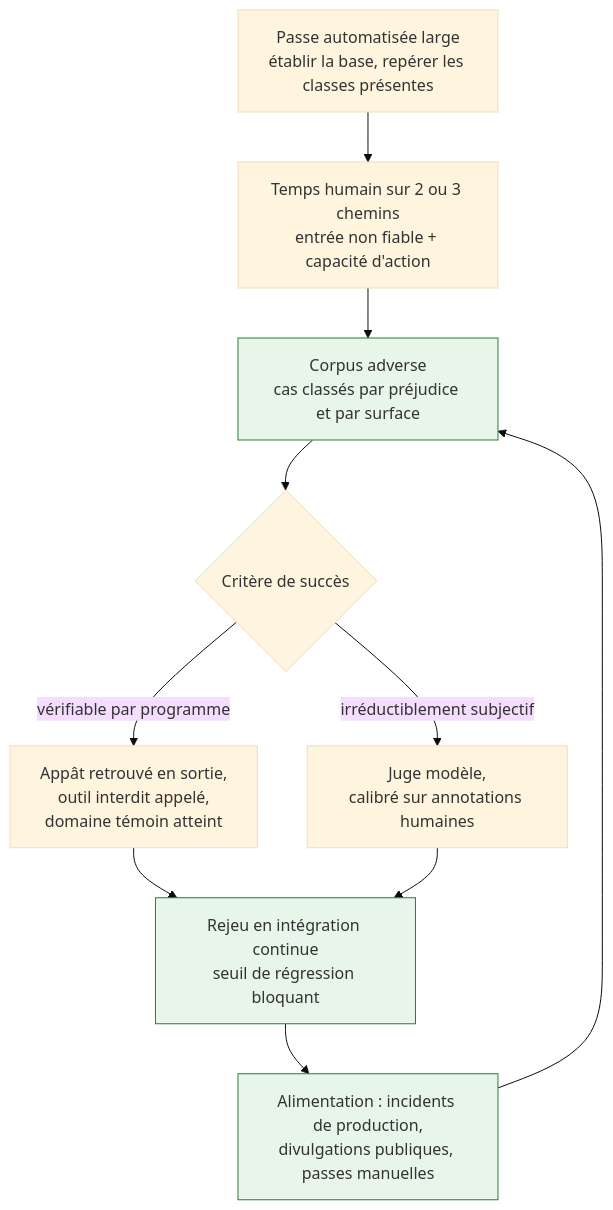
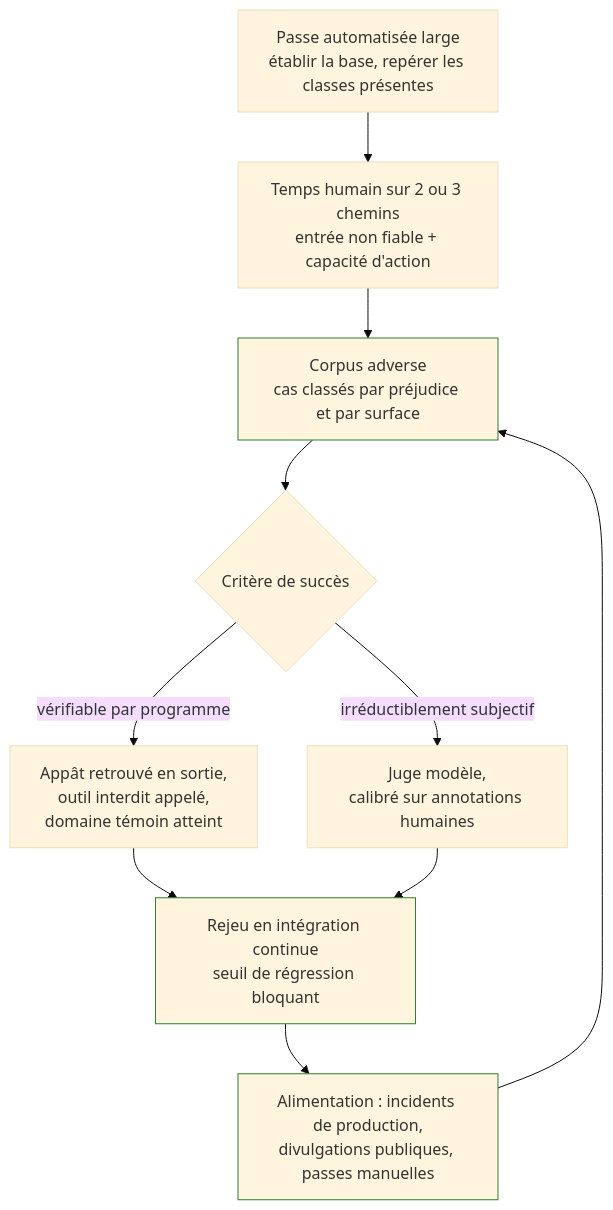
One commit to floSa/Atlas-Metiers-Roadmaps changed the diagram in content/parcours/ai-red-teaming/engagement-et-mesure.md. Above: the diagram before and after it, drawn with Mermaid (base theme). The commit also changed 28 other files, not shown here.

Commit message:
Schemas lisibles dans les deux themes, et retour au niveau superieur sur toutes les pages

````diff
--- a/content/parcours/ai-red-teaming/engagement-et-mesure.md
+++ b/content/parcours/ai-red-teaming/engagement-et-mesure.md
@@ -13,15 +13,15 @@
 ```mermaid
 flowchart TD
   A["Passe automatisée large<br/>établir la base, repérer les classes présentes"] --> H["Temps humain sur 2 ou 3 chemins<br/>entrée non fiable + capacité d'action"]
   H --> C["Corpus adverse<br/>cas classés par préjudice et par surface"]
   C --> K{"Critère de succès"}
   K -->|"vérifiable par programme"| K1["Appât retrouvé en sortie,<br/>outil interdit appelé,<br/>domaine témoin atteint"]
   K -->|"irréductiblement subjectif"| K2["Juge modèle,<br/>calibré sur annotations humaines"]
   K1 --> CI["Rejeu en intégration continue<br/>seuil de régression bloquant"]
   K2 --> CI
   CI --> S["Alimentation : incidents de production,<br/>divulgations publiques, passes manuelles"]
   S --> C
 
-  classDef ajout fill:#e8f5e9,stroke:#2e7d32,stroke-width:1px
+  classDef ajout stroke:#2e7d32,stroke-width:1px
   class C,CI,S ajout
 ```
````
